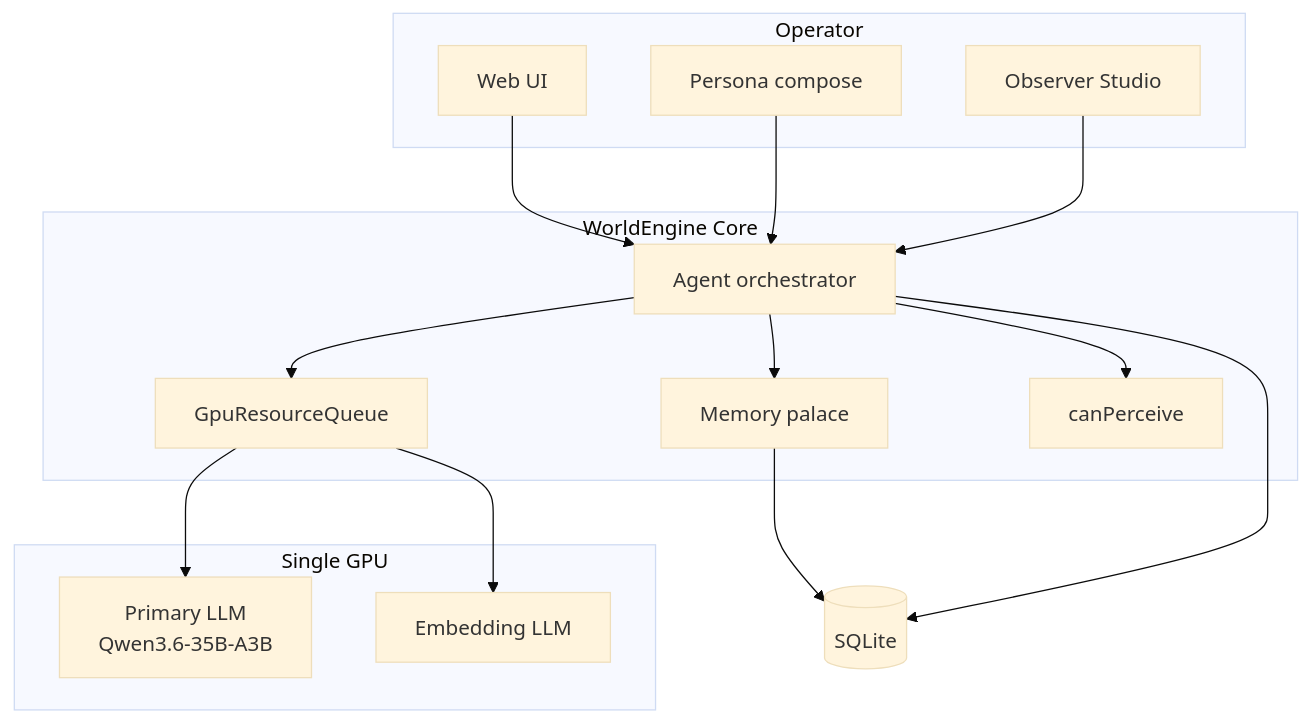
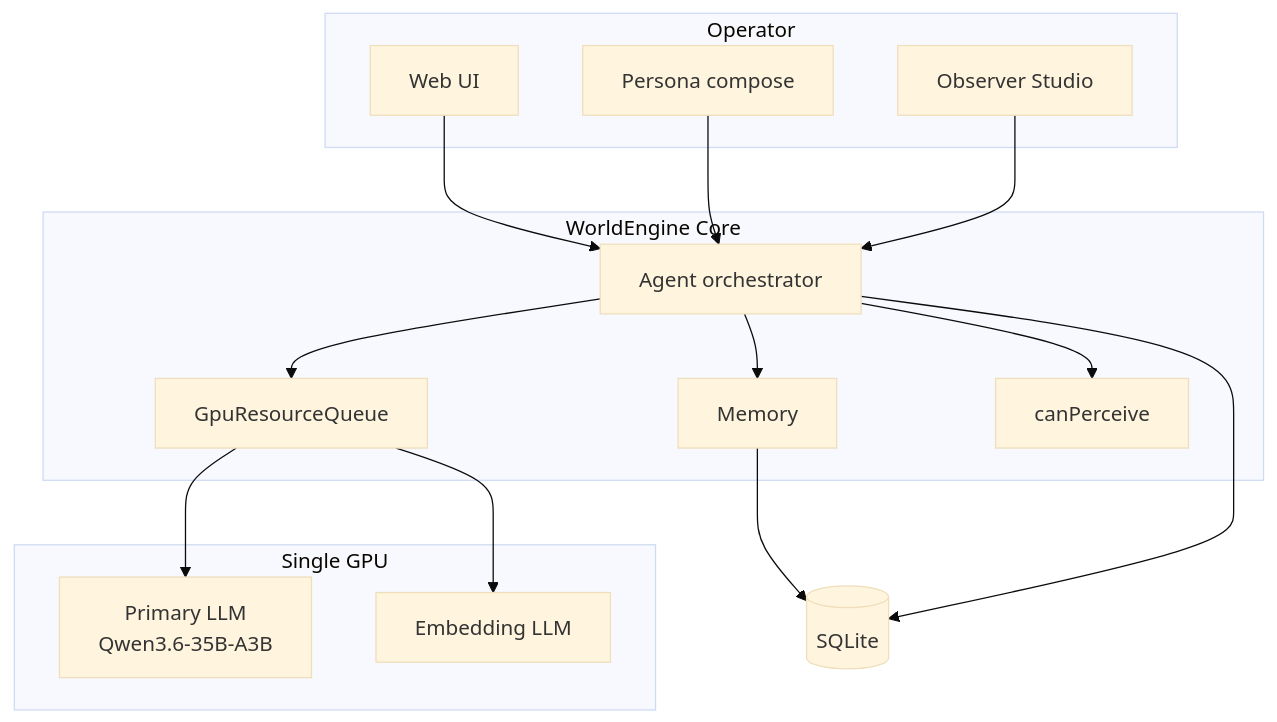
The diagram in docs/README.md (claywar/Altrasia), drawn with Mermaid (base theme) before and after one commit. The commit also changed other lines of this file and 18 other files, not shown here.

````diff
--- a/docs/README.md
+++ b/docs/README.md
@@ -49,33 +49,33 @@
 ```mermaid
 flowchart TB
   subgraph client [Operator]
     WebUI[Web UI]
     Persona[Persona compose]
     Studio[Observer Studio]
   end
 
   subgraph core [WorldEngine Core]
     AO[Agent orchestrator]
     IQ[GpuResourceQueue]
-    Mem[Memory palace]
+    Mem[Memory]
     Perc[canPerceive]
   end
 
   subgraph gpu [Single GPU]
     Primary["Primary LLM\nQwen3.6-35B-A3B"]
     Embed[Embedding LLM]
   end
 
   DB[(SQLite)]
 
   WebUI --> AO
   Persona --> AO
   Studio --> AO
   AO --> IQ
   AO --> Mem
   AO --> Perc
   IQ --> Primary
   IQ --> Embed
   Mem --> DB
   AO --> DB
 ```
````
